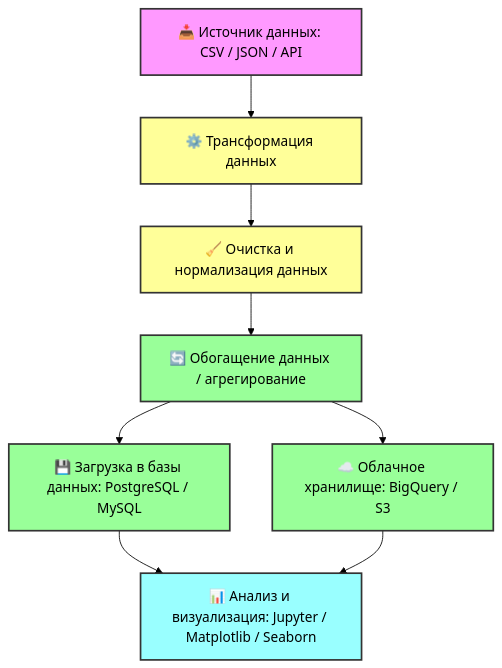
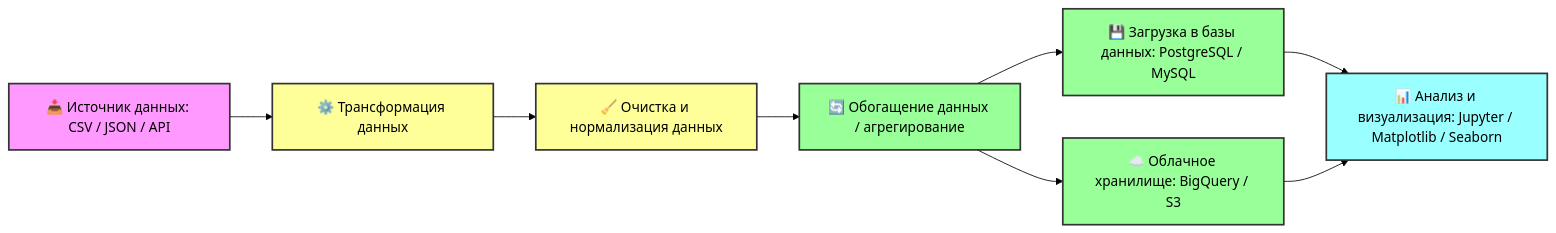
Before and after one commit to Dia-no-Ace/Dia-no-Ace: the diagram in README.md, drawn with Mermaid (forest theme). The commit also changed other lines of this file, not shown here.

````diff
--- a/README.md
+++ b/README.md
@@ -31,28 +29,28 @@
 ```mermaid
-flowchart TD
+flowchart LR
     %% Источники данных
     A[📥 Источник данных: CSV / JSON / API] --> B[⚙️ Трансформация данных]
     
     %% Трансформация
     B --> C[🧹 Очистка и нормализация данных]
     C --> D[🔄 Обогащение данных / агрегирование]
     
     %% Хранилище
     D --> E[💾 Загрузка в базы данных: PostgreSQL / MySQL]
     D --> F[☁️ Облачное хранилище: BigQuery / S3]
 
     %% Анализ
     E --> G[📊 Анализ и визуализация: Jupyter / Matplotlib / Seaborn]
     F --> G
 
     %% Стили
     classDef source fill:#f9f,stroke:#333,stroke-width:2px;
     classDef transform fill:#ff9,stroke:#333,stroke-width:2px;
     classDef storage fill:#9f9,stroke:#333,stroke-width:2px;
     classDef analysis fill:#9ff,stroke:#333,stroke-width:2px;
 
     class A source;
     class B,C transform;
     class D,E,F storage;
     class G analysis;
 ```
````
